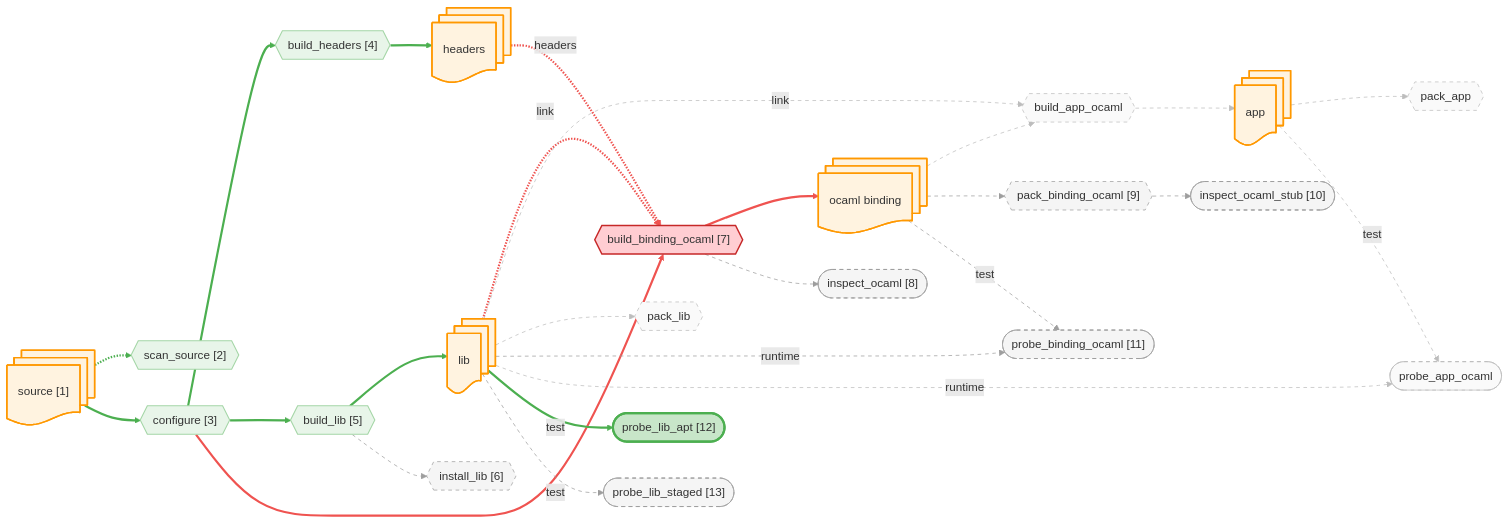
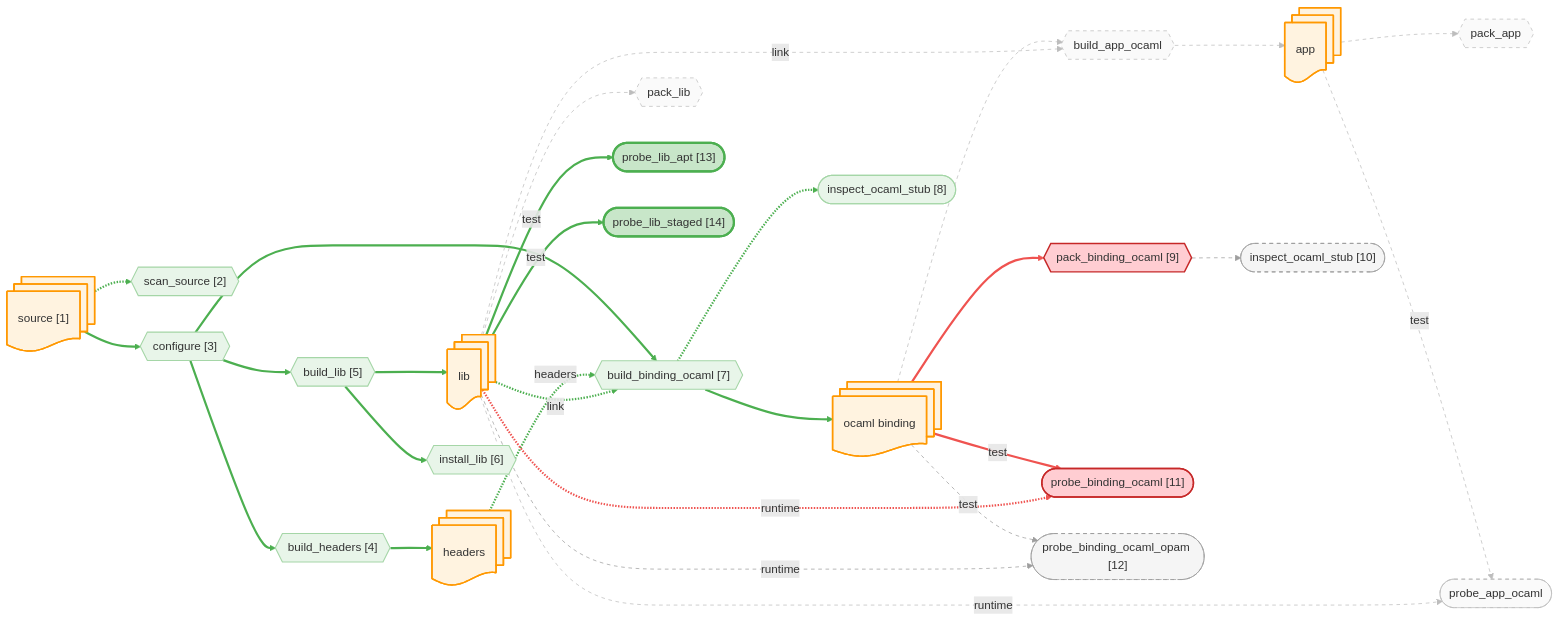
One commit to JHU-PL-Lab/tola changed the diagram in docs/canary/projects/z3/-run/diagrams/probes.mmd. Above: the diagram before and after it, drawn with Mermaid. The commit also changed 24 other files, not shown here.

```diff
--- a/docs/canary/projects/z3/-run/diagrams/probes.mmd
+++ b/docs/canary/projects/z3/-run/diagrams/probes.mmd
@@ -1,101 +1,107 @@
 %% view: probes
 graph LR
     source_node@{ shape: docs, label: "source [1]" }
     headers_node@{ shape: docs, label: "headers" }
     lib_node@{ shape: docs, label: "lib" }
     app_node@{ shape: docs, label: "app" }
     ocaml_binding_node@{ shape: docs, label: "ocaml binding" }
 
     A_scan_source{{"scan_source [2]"}}
     A_configure{{"configure [3]"}}
     A_build_headers{{"build_headers [4]"}}
     A_build_lib{{"build_lib [5]"}}
     A_build_binding_ocaml{{"build_binding_ocaml [7]"}}
     A_build_app_ocaml{{"build_app_ocaml"}}
     A_install_lib{{"install_lib [6]"}}
     A_pack_binding_ocaml{{"pack_binding_ocaml [9]"}}
     A_pack_lib{{"pack_lib"}}
     A_pack_app{{"pack_app"}}
     A_probe_binding_ocaml(["probe_binding_ocaml [11]"])
+    A_probe_binding_ocaml_opam(["probe_binding_ocaml_opam [12]"])
     A_probe_app_ocaml(["probe_app_ocaml"])
-    A_probe_lib_apt(["probe_lib_apt [12]"])
-    A_probe_lib_staged(["probe_lib_staged [13]"])
-    A_build_binding_ocaml_inspect(["inspect_ocaml [8]"])
+    A_probe_lib_apt(["probe_lib_apt [13]"])
+    A_probe_lib_staged(["probe_lib_staged [14]"])
+    A_build_binding_ocaml_stub_inspect(["inspect_ocaml_stub [8]"])
     A_pack_binding_ocaml_stub_inspect(["inspect_ocaml_stub [10]"])
 
     source_node -.-> A_scan_source
     source_node --> A_configure
     A_configure --> A_build_headers
     A_build_headers --> headers_node
     A_configure --> A_build_lib
     A_build_lib --> lib_node
     A_configure --> A_build_binding_ocaml
     headers_node -.->|headers| A_build_binding_ocaml
     lib_node -.->|link| A_build_binding_ocaml
     A_build_binding_ocaml --> ocaml_binding_node
     ocaml_binding_node --> A_build_app_ocaml
     lib_node -.->|link| A_build_app_ocaml
     A_build_app_ocaml --> app_node
     A_build_lib --> A_install_lib
     ocaml_binding_node --> A_pack_binding_ocaml
     lib_node --> A_pack_lib
     app_node --> A_pack_app
     ocaml_binding_node -->|test| A_probe_binding_ocaml
     lib_node -.->|runtime| A_probe_binding_ocaml
+    ocaml_binding_node -->|test| A_probe_binding_ocaml_opam
+    lib_node -.->|runtime| A_probe_binding_ocaml_opam
     app_node -->|test| A_probe_app_ocaml
     lib_node -.->|runtime| A_probe_app_ocaml
     lib_node -->|test| A_probe_lib_apt
     lib_node -->|test| A_probe_lib_staged
-    A_build_binding_ocaml -.-> A_build_binding_ocaml_inspect
+    A_build_binding_ocaml -.-> A_build_binding_ocaml_stub_inspect
     A_pack_binding_ocaml -.-> A_pack_binding_ocaml_stub_inspect
 
     classDef artifact fill:#fff3e0,stroke:#ff9800,stroke-width:2px
     classDef action fill:#f3e5f5,stroke:#9c27b0,stroke-width:2px
     classDef st_done fill:#c8e6c9,stroke:#4caf50,stroke-width:3px
     classDef st_done_ctx fill:#e8f5e9,stroke:#a5d6a7,stroke-width:1.5px
     classDef st_expected_fail fill:#fff9c4,stroke:#f9a825,stroke-width:2px
     classDef st_failed fill:#ffcdd2,stroke:#c62828,stroke-width:2px
     classDef st_skipped fill:#f5f5f5,stroke:#9e9e9e,stroke-dasharray:5
     classDef st_nospec fill:#fafafa,stroke:#bdbdbd,stroke-dasharray:5
     class source_node,headers_node,lib_node,app_node,ocaml_binding_node artifact
     class A_scan_source st_done_ctx
     class A_configure st_done_ctx
     class A_build_headers st_done_ctx
     class A_build_lib st_done_ctx
-    class A_build_binding_ocaml st_failed
+    class A_build_binding_ocaml st_done_ctx
     class A_build_app_ocaml st_nospec
-    class A_install_lib st_skipped
-    class A_pack_binding_ocaml st_skipped
+    class A_install_lib st_done_ctx
+    class A_pack_binding_ocaml st_failed
     class A_pack_lib st_nospec
     class A_pack_app st_nospec
-    class A_probe_binding_ocaml st_skipped
+    class A_probe_binding_ocaml st_failed
+    class A_probe_binding_ocaml_opam st_skipped
     class A_probe_app_ocaml st_nospec
     class A_probe_lib_apt st_done
-    class A_probe_lib_staged st_skipped
-    class A_build_binding_ocaml_inspect st_skipped
+    class A_probe_lib_staged st_done
+    class A_build_binding_ocaml_stub_inspect st_done_ctx
     class A_pack_binding_ocaml_stub_inspect st_skipped
     linkStyle 0 stroke:#4caf50,stroke-width:3px
     linkStyle 1 stroke:#4caf50,stroke-width:3px
     linkStyle 2 stroke:#4caf50,stroke-width:3px
     linkStyle 3 stroke:#4caf50,stroke-width:3px
     linkStyle 4 stroke:#4caf50,stroke-width:3px
     linkStyle 5 stroke:#4caf50,stroke-width:3px
-    linkStyle 6 stroke:#ef5350,stroke-width:3px
-    linkStyle 7 stroke:#ef5350,stroke-width:3px
-    linkStyle 8 stroke:#ef5350,stroke-width:3px
-    linkStyle 9 stroke:#ef5350,stroke-width:3px
+    linkStyle 6 stroke:#4caf50,stroke-width:3px
+    linkStyle 7 stroke:#4caf50,stroke-width:3px
+    linkStyle 8 stroke:#4caf50,stroke-width:3px
+    linkStyle 9 stroke:#4caf50,stroke-width:3px
     linkStyle 10 stroke:#bdbdbd,stroke-width:1px,stroke-dasharray:5
     linkStyle 11 stroke:#bdbdbd,stroke-width:1px,stroke-dasharray:5
     linkStyle 12 stroke:#bdbdbd,stroke-width:1px,stroke-dasharray:5
-    linkStyle 13 stroke:#9e9e9e,stroke-width:1px,stroke-dasharray:5
-    linkStyle 14 stroke:#9e9e9e,stroke-width:1px,stroke-dasharray:5
+    linkStyle 13 stroke:#4caf50,stroke-width:3px
+    linkStyle 14 stroke:#ef5350,stroke-width:3px
     linkStyle 15 stroke:#bdbdbd,stroke-width:1px,stroke-dasharray:5
     linkStyle 16 stroke:#bdbdbd,stroke-width:1px,stroke-dasharray:5
-    linkStyle 17 stroke:#9e9e9e,stroke-width:1px,stroke-dasharray:5
-    linkStyle 18 stroke:#9e9e9e,stroke-width:1px,stroke-dasharray:5
-    linkStyle 19 stroke:#bdbdbd,stroke-width:1px,stroke-dasharray:5
-    linkStyle 20 stroke:#bdbdbd,stroke-width:1px,stroke-dasharray:5
-    linkStyle 21 stroke:#4caf50,stroke-width:3px
-    linkStyle 22 stroke:#9e9e9e,stroke-width:1px,stroke-dasharray:5
-    linkStyle 23 stroke:#9e9e9e,stroke-width:1px,stroke-dasharray:5
-    linkStyle 24 stroke:#9e9e9e,stroke-width:1px,stroke-dasharray:5
+    linkStyle 17 stroke:#ef5350,stroke-width:3px
+    linkStyle 18 stroke:#ef5350,stroke-width:3px
+    linkStyle 19 stroke:#9e9e9e,stroke-width:1px,stroke-dasharray:5
+    linkStyle 20 stroke:#9e9e9e,stroke-width:1px,stroke-dasharray:5
+    linkStyle 21 stroke:#bdbdbd,stroke-width:1px,stroke-dasharray:5
+    linkStyle 22 stroke:#bdbdbd,stroke-width:1px,stroke-dasharray:5
+    linkStyle 23 stroke:#4caf50,stroke-width:3px
+    linkStyle 24 stroke:#4caf50,stroke-width:3px
+    linkStyle 25 stroke:#4caf50,stroke-width:3px
+    linkStyle 26 stroke:#9e9e9e,stroke-width:1px,stroke-dasharray:5
```
